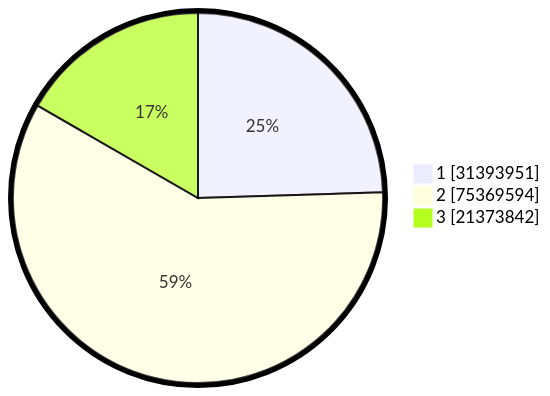
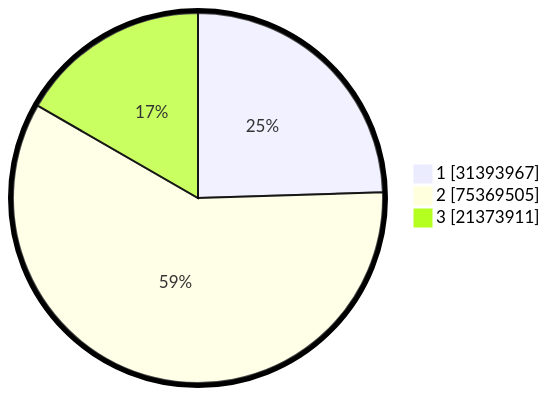
One commit to gigit-pemilu/pemilu-2024 changed the second of 2 diagrams in pilpres/hitung-suara/README.md. Above: the diagram before and after it, drawn with Mermaid. The commit also changed other lines of this file and 8 other files, not shown here.

````diff
--- a/pilpres/hitung-suara/README.md
+++ b/pilpres/hitung-suara/README.md
@@ -93,7 +93,7 @@
 ```mermaid
 %%{init: {"pie": {"textPosition": 0.5}, "themeVariables": {"pieOuterStrokeWidth": "5px"}} }%%
 pie showData
-    "1" : 31393951
-    "2" : 75369594
-    "3" : 21373842
+    "1" : 31393967
+    "2" : 75369505
+    "3" : 21373911
 ```
````
